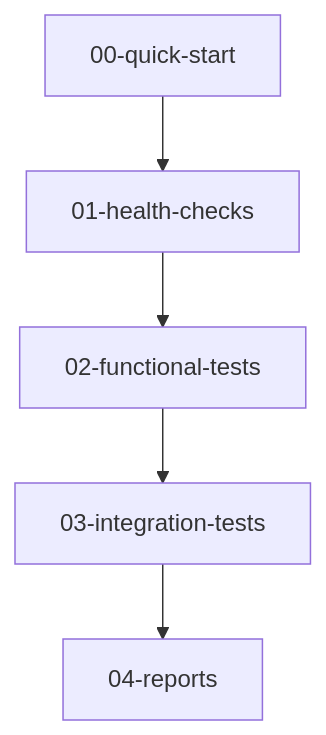
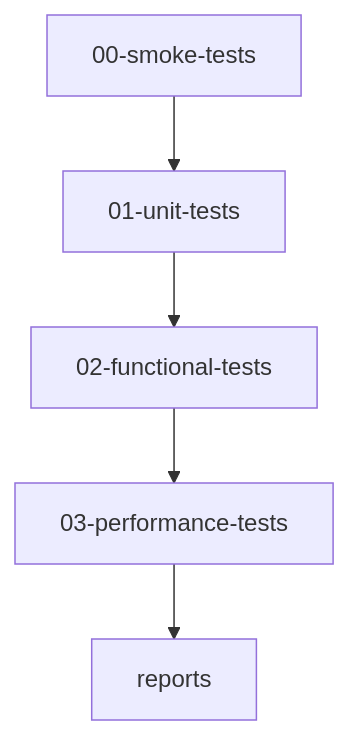
One commit to capacitacion28-q/ticketero_app changed the diagram in docs/verify/README.md. Above: the diagram before and after it, drawn with Mermaid. The commit also changed other lines of this file and 11 other files, not shown here.

````diff
--- a/docs/verify/README.md
+++ b/docs/verify/README.md
@@ -49,7 +50,7 @@
 ```mermaid
 graph TD
-    A[00-quick-start] --> B[01-health-checks]
+    A[00-smoke-tests] --> B[01-unit-tests]
     B --> C[02-functional-tests]
-    C --> D[03-integration-tests]
-    D --> E[04-reports]
+    C --> D[03-performance-tests]
+    D --> E[reports]
 ```
````
